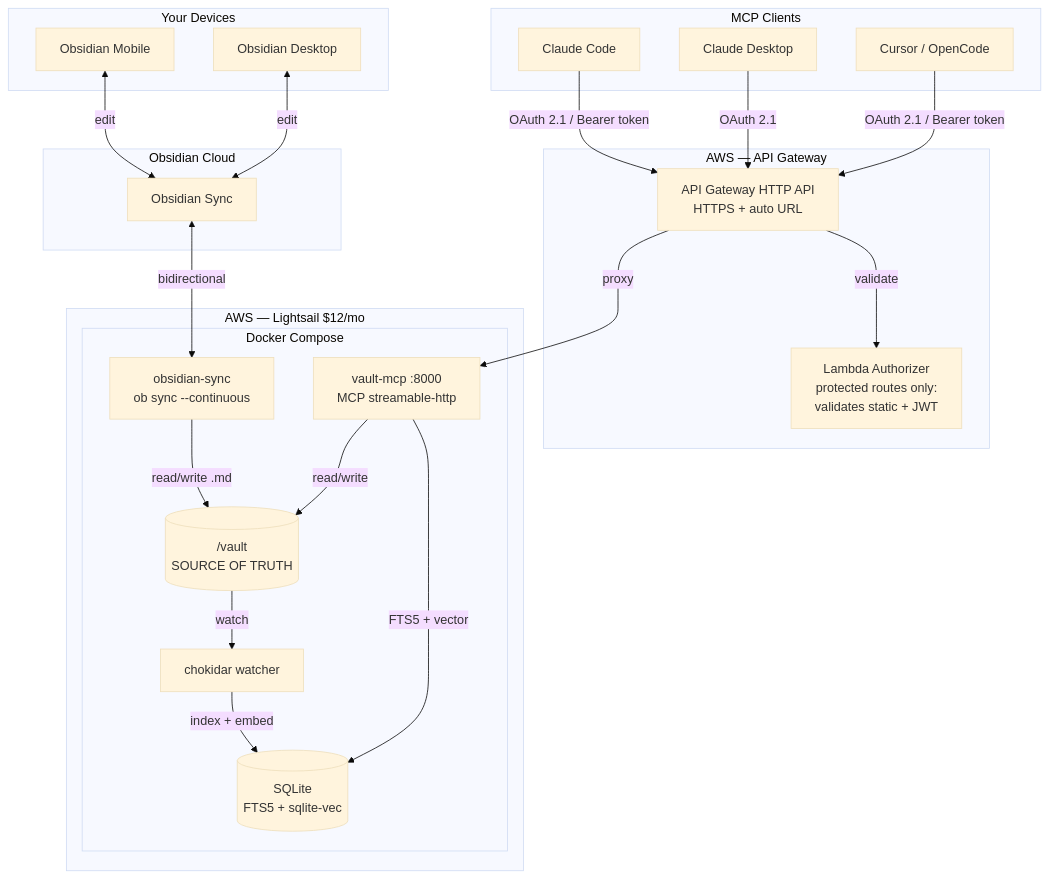
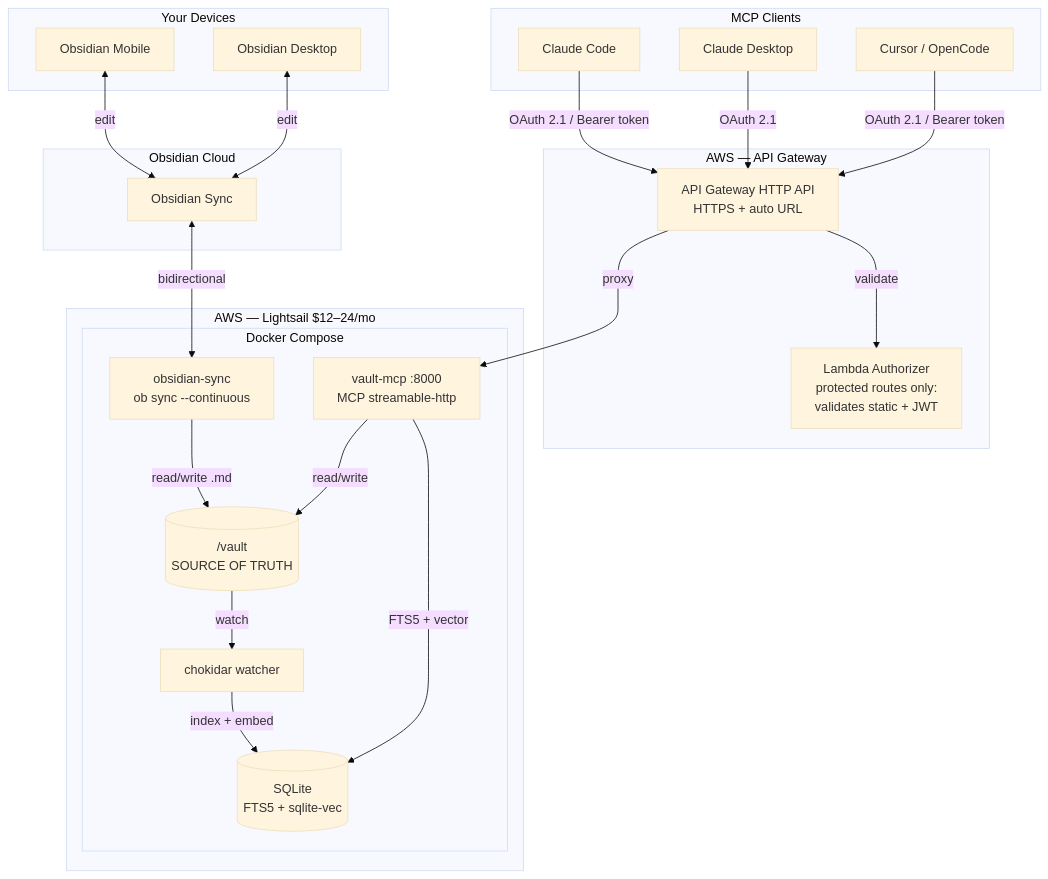
One commit to aliasunder/vault-cortex changed the first of 5 diagrams in ARCHITECTURE.md. Above: the diagram before and after it, drawn with Mermaid (base theme). The commit also changed other lines of this file, not shown here.

````diff
--- a/ARCHITECTURE.md
+++ b/ARCHITECTURE.md
@@ -57,46 +57,46 @@
 ```mermaid
 graph TB
     subgraph devices ["Your Devices"]
         OBS_PHONE["Obsidian Mobile"]
         OBS_LAPTOP["Obsidian Desktop"]
     end
 
     subgraph cloud ["Obsidian Cloud"]
         SYNC["Obsidian Sync"]
     end
 
     subgraph apigw_grp ["AWS — API Gateway"]
         APIGW["API Gateway HTTP API<br/>HTTPS + auto URL"]
         AUTH_FN["Lambda Authorizer<br/>protected routes only:<br/>validates static + JWT"]
         APIGW -->|validate| AUTH_FN
     end
 
-    subgraph lightsail ["AWS — Lightsail $12/mo"]
+    subgraph lightsail ["AWS — Lightsail $12–24/mo"]
         subgraph compose ["Docker Compose"]
             OB_HEADLESS["obsidian-sync<br/>ob sync --continuous"]
             VAULT_FS[("/vault<br/>SOURCE OF TRUTH")]
             MCP_SERVER["vault-mcp :8000<br/>MCP streamable-http"]
             SQLITE[("SQLite\nFTS5 + sqlite-vec")]
             WATCHER["chokidar watcher"]
         end
     end
 
     subgraph clients ["MCP Clients"]
         CC["Claude Code"]
         CD["Claude Desktop"]
         CU["Cursor / OpenCode"]
     end
 
     OBS_PHONE <-->|edit| SYNC
     OBS_LAPTOP <-->|edit| SYNC
     SYNC <-->|bidirectional| OB_HEADLESS
     OB_HEADLESS -->|read/write .md| VAULT_FS
     VAULT_FS -->|watch| WATCHER
     WATCHER -->|index + embed| SQLITE
     MCP_SERVER -->|read/write| VAULT_FS
     MCP_SERVER -->|FTS5 + vector| SQLITE
     CC -->|OAuth 2.1 / Bearer token| APIGW
     CD -->|OAuth 2.1| APIGW
     CU -->|OAuth 2.1 / Bearer token| APIGW
     APIGW -->|proxy| MCP_SERVER
 ```
````
